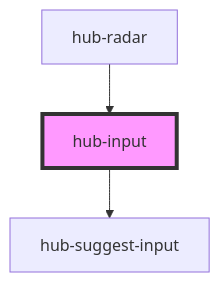
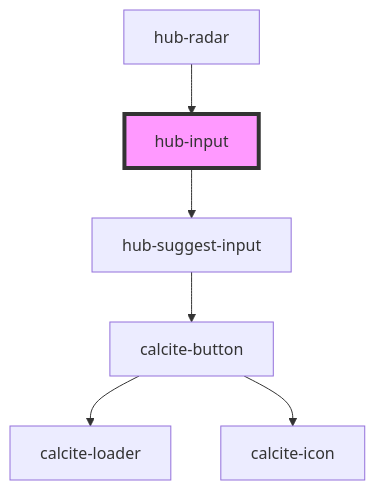
The diagram in src/components/hub-input/readme.md (esridc/hub-components-experiments), drawn with Mermaid before and after one commit. The commit also changed 18 other files, not shown here.

````diff
--- a/src/components/hub-input/readme.md
+++ b/src/components/hub-input/readme.md
@@ -34,6 +34,9 @@
 ```mermaid
 graph TD;
   hub-input --> hub-suggest-input
+  hub-suggest-input --> calcite-button
+  calcite-button --> calcite-loader
+  calcite-button --> calcite-icon
   hub-radar --> hub-input
   style hub-input fill:#f9f,stroke:#333,stroke-width:4px
 ```
````
